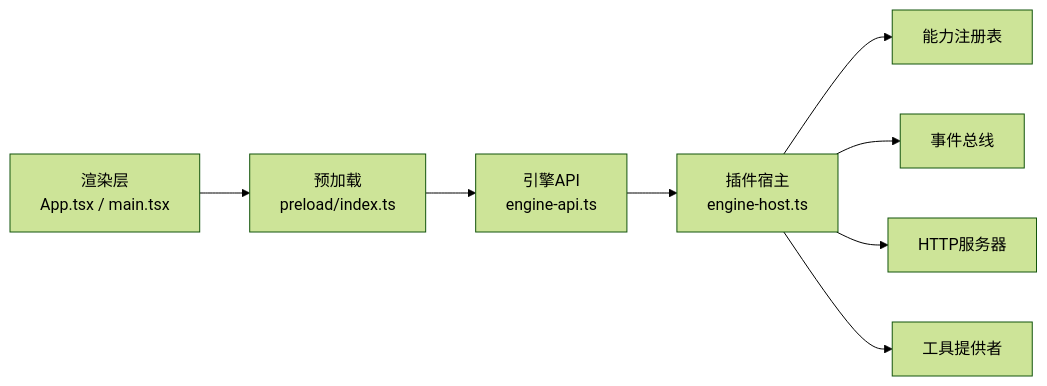
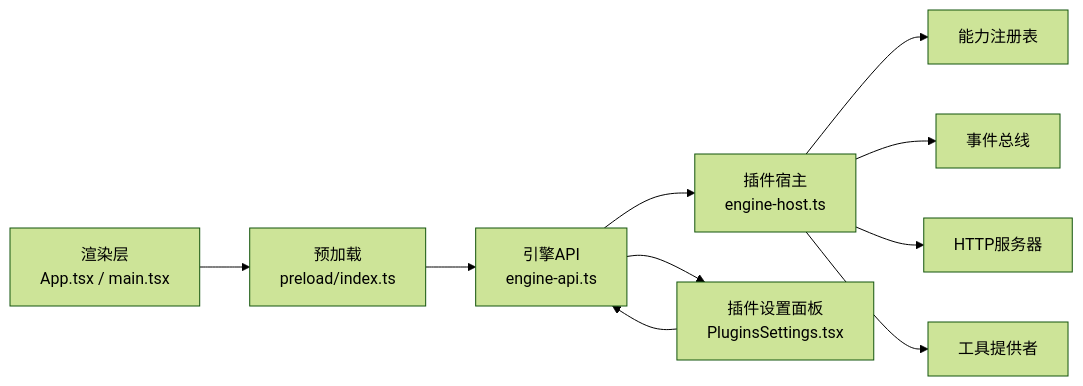
Before and after one commit to kkutysllb/KCoder: diagram 13 of 13 in .qoder/repowiki/zh/content/扩展开发/插件架构设计.md, drawn with Mermaid (forest theme). The commit also changed other lines of this file and 11 other files, not shown here.

````diff
--- a/.qoder/repowiki/zh/content/扩展开发/插件架构设计.md
+++ b/.qoder/repowiki/zh/content/扩展开发/插件架构设计.md
@@ -436,10 +536,12 @@
 ```mermaid
 graph LR
 Renderer["渲染层<br/>App.tsx / main.tsx"] --> Bridge["预加载<br/>preload/index.ts"]
 Bridge --> API["引擎API<br/>engine-api.ts"]
 API --> Host["插件宿主<br/>engine-host.ts"]
+API --> Settings["插件设置面板<br/>PluginsSettings.tsx"]
 Host --> Registry["能力注册表"]
 Host --> EventBus["事件总线"]
 Host --> HTTP["HTTP服务器"]
 Host --> Tools["工具提供者"]
+Settings --> API
 ```
````
